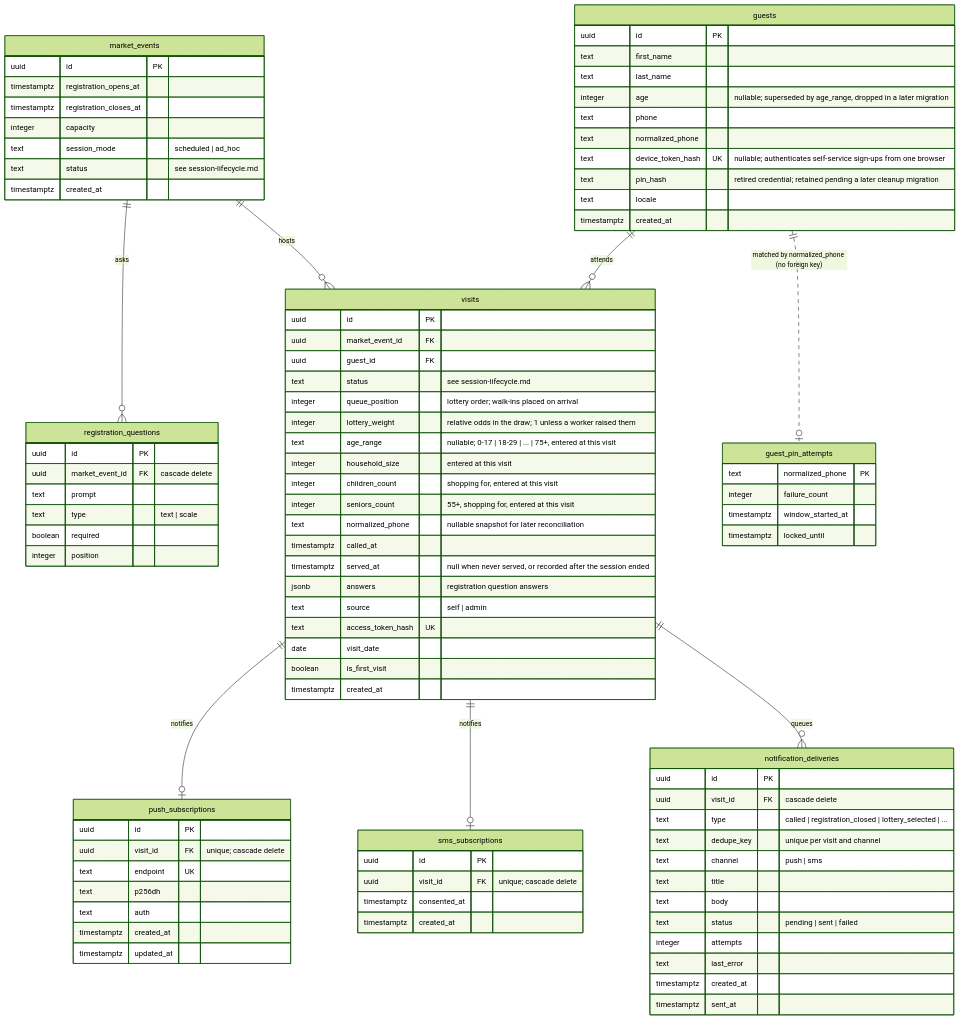
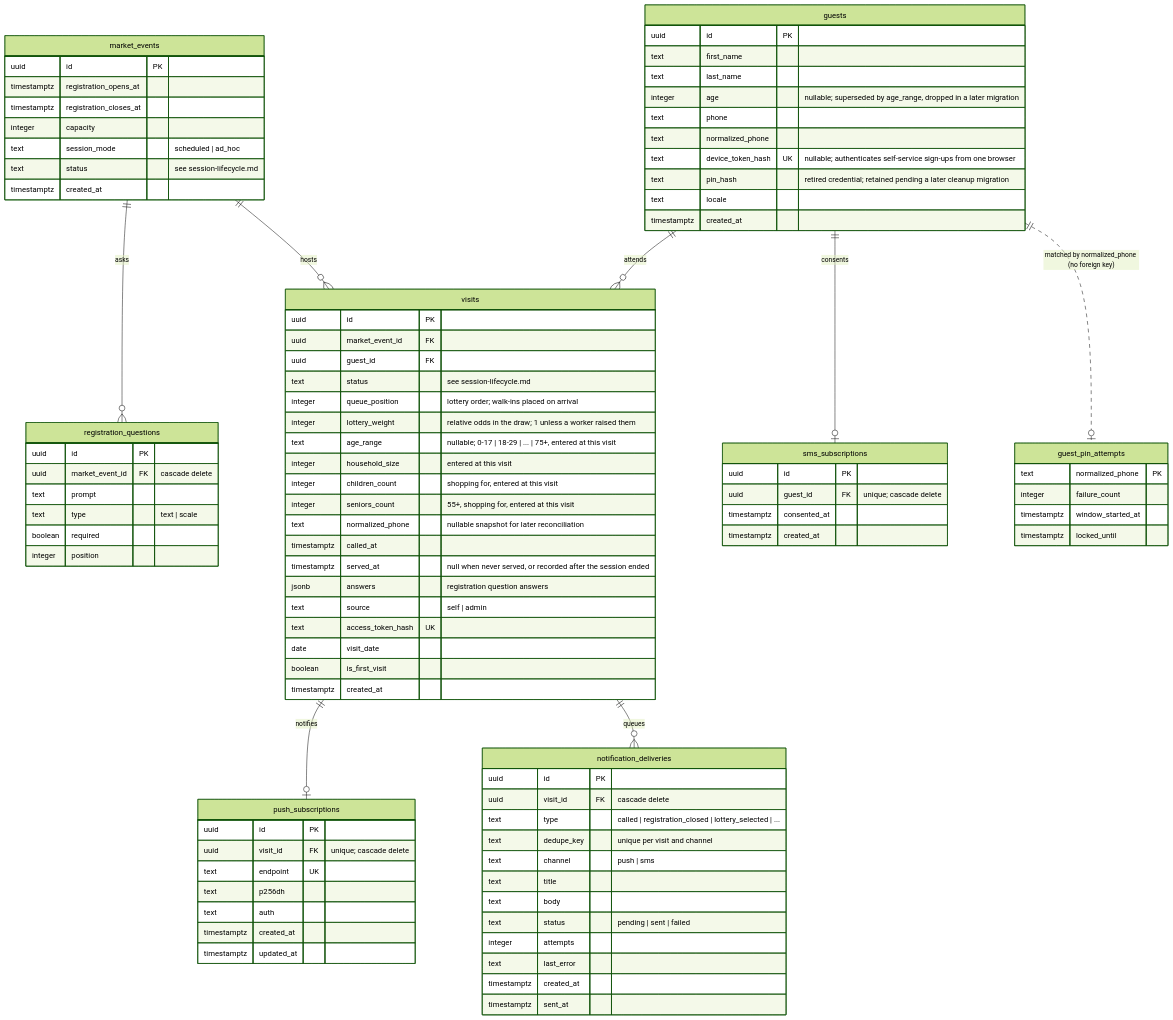
The diagram in docs/data-model.md (bay-compassion/food-market-app), drawn with Mermaid (forest theme) before and after one commit. The commit also changed other lines of this file and 85 other files, not shown here.

First line of the commit message:
Refactor codebase architecture and improve state management (#63)

```diff
--- a/docs/data-model.md
+++ b/docs/data-model.md
@@ -19,7 +19,7 @@
     market_events ||--o{ visits : "hosts"
     guests ||--o{ visits : "attends"
     visits ||--o| push_subscriptions : "notifies"
-    visits ||--o| sms_subscriptions : "notifies"
+    guests ||--o| sms_subscriptions : "consents"
     visits ||--o{ notification_deliveries : "queues"
     guests ||..o| guest_pin_attempts : "matched by normalized_phone (no foreign key)"
 
@@ -104,7 +104,7 @@
 
     sms_subscriptions {
         uuid id PK
-        uuid visit_id FK "unique; cascade delete"
+        uuid guest_id FK "unique; cascade delete"
         timestamptz consented_at
         timestamptz created_at
     }
```
